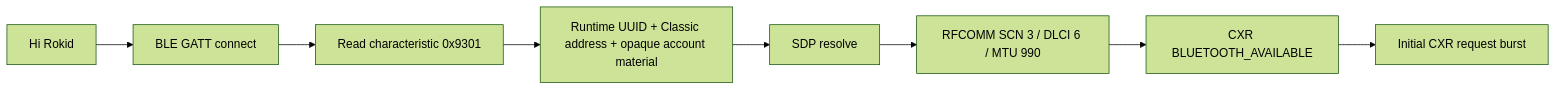
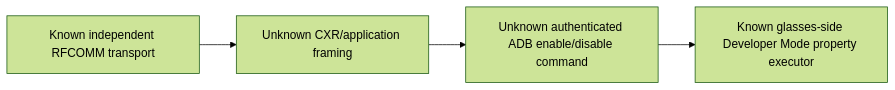
Before and after one commit to aimindseye/rokid-ai-glasses: the third of 3 diagrams in ARCHITECTURE.md, drawn with Mermaid (forest theme). The commit also changed other lines of this file and 10 other files, not shown here.

Commit message:
docs: promote final RFCOMM transport status

````diff
--- a/ARCHITECTURE.md
+++ b/ARCHITECTURE.md
@@ -74,10 +60,6 @@
 ```mermaid
 flowchart LR
-    A[Hi Rokid] --> B[BLE GATT connect]
-    B --> C[Read characteristic 0x9301]
-    C --> D[Runtime UUID + Classic address + opaque account material]
-    D --> E[SDP resolve]
-    E --> F[RFCOMM SCN 3 / DLCI 6 / MTU 990]
-    F --> G[CXR BLUETOOTH_AVAILABLE]
-    G --> H[Initial CXR request burst]
+    K[Known independent RFCOMM transport] --> F[Unknown CXR/application framing]
+    F --> A[Unknown authenticated ADB enable/disable command]
+    A --> D[Known glasses-side Developer Mode property executor]
 ```
````
